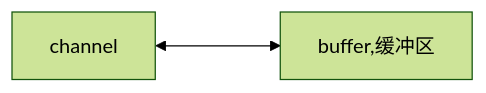
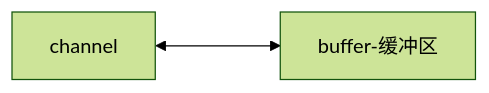
Before and after one commit to csliujw/CodeNotes: the first of 13 diagrams in Java系列/Netty/netty快速入门.md, drawn with Mermaid (forest theme). The commit also changed 4 other files, not shown here.

````diff
--- a/Java系列/Netty/netty快速入门.md
+++ b/Java系列/Netty/netty快速入门.md
@@ -158,4 +158,4 @@
 ```mermaid
 flowchart LR
-channel <---> buffer,缓冲区
+channel <---> buffer-缓冲区
 ```
````
